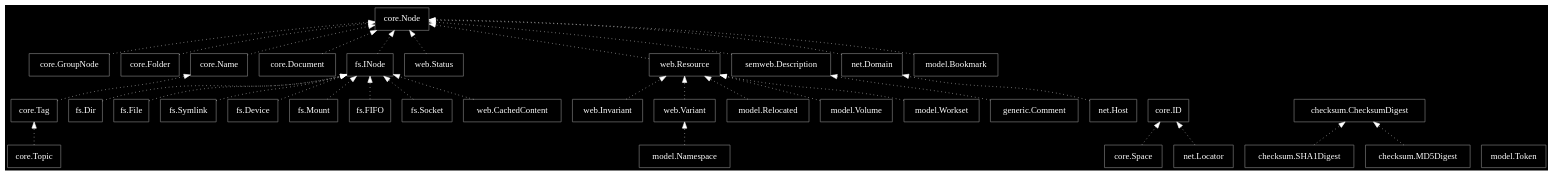
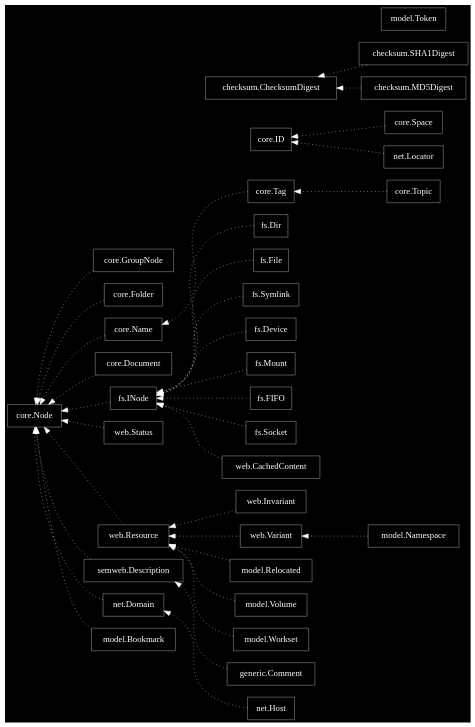
One commit to dotmpe/script-mpe changed the diagram in doc/taxus-classes.en.dot.gv. Above: the diagram before and after it, drawn with Graphviz. The commit also changed 5 other files, not shown here.

```diff
--- a/doc/taxus-classes.en.dot.gv
+++ b/doc/taxus-classes.en.dot.gv
@@ -1,70 +1,70 @@
 digraph "doc_taxus_classes_en_dot" {
 	graph [
 		fontsize = "14"
 		fontname = "Times-Roman"
 		fontcolor = "black"
 		bgcolor = "black"
-		rankdir = "BT"
+		rankdir = "RL"
 	]
 	node [
 		fontsize = "14"
 		fontname = "Bitstream Vera Sans"
 		fontcolor = "white"
 		shape = "record"
 		style = "solid"
 		color = "grey"
 	]
 	edge [
 		fontsize = "14"
 		fontname = "Bitstream Vera Sans"
 		fontcolor = "yellow"
 		style = "dotted"
 		color = "white"
 		weight = "4"
 	]
 
 	"core.Node" ; //-> SQLBase ;
 	"core.ID" ; //-> SQLBase ;
 
   "core.GroupNode" -> "core.Node" ;
   "core.Folder" -> "core.Node" ;
   "core.Space" -> "core.ID" ;
   "core.Name" -> "core.Node" ;
   "core.Tag" -> "core.Name" ;
   "core.Topic" -> "core.Tag" ;
   "core.Document" -> "core.Node" ;
 
 	"checksum.ChecksumDigest" ; //-> SQLBase ;
   "checksum.SHA1Digest" -> "checksum.ChecksumDigest" ;
   "checksum.MD5Digest" -> "checksum.ChecksumDigest" ;
 
   "fs.INode" -> "core.Node" ;
   "fs.Dir" -> "fs.INode" ;
   "fs.File" -> "fs.INode" ;
   "fs.Symlink" -> "fs.INode" ;
   "fs.Device" -> "fs.INode" ;
   "fs.Mount" -> "fs.INode" ;
   "fs.FIFO" -> "fs.INode" ;
   "fs.Socket" -> "fs.INode" ;
 
   "web.CachedContent" -> "fs.INode" ;
   "web.Status" -> "core.Node" ;
   "web.Resource" -> "core.Node" ;
   "web.Invariant" -> "web.Resource" ;
   "web.Variant" -> "web.Resource" ;
 
   "semweb.Description" -> "core.Node" ;
   "generic.Comment" -> "semweb.Description" ;
 
   "net.Domain" -> "core.Node" ;
   "net.Host" -> "net.Domain" ;
   "net.Locator" -> "core.ID" ;
 
   "model.Namespace" -> "web.Variant" ;
   "model.Relocated" -> "web.Resource" ;
   "model.Volume" -> "web.Resource" ;
   "model.Bookmark" -> "core.Node" ;
   "model.Workset" -> "web.Resource" ;
 	"model.Token" ; //-> SQLBase ;
 
 }
```
